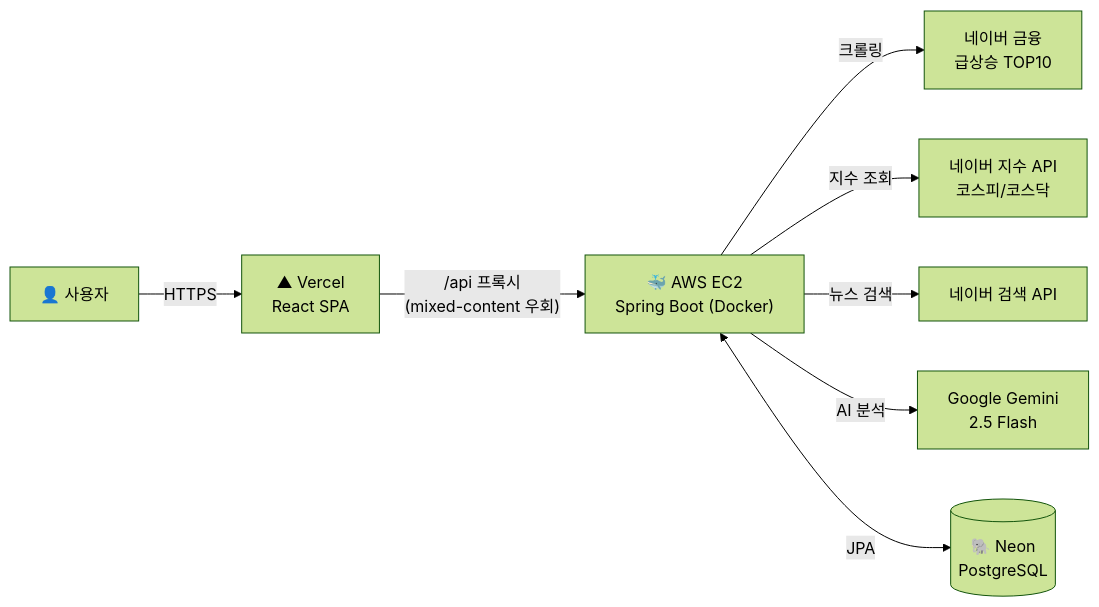
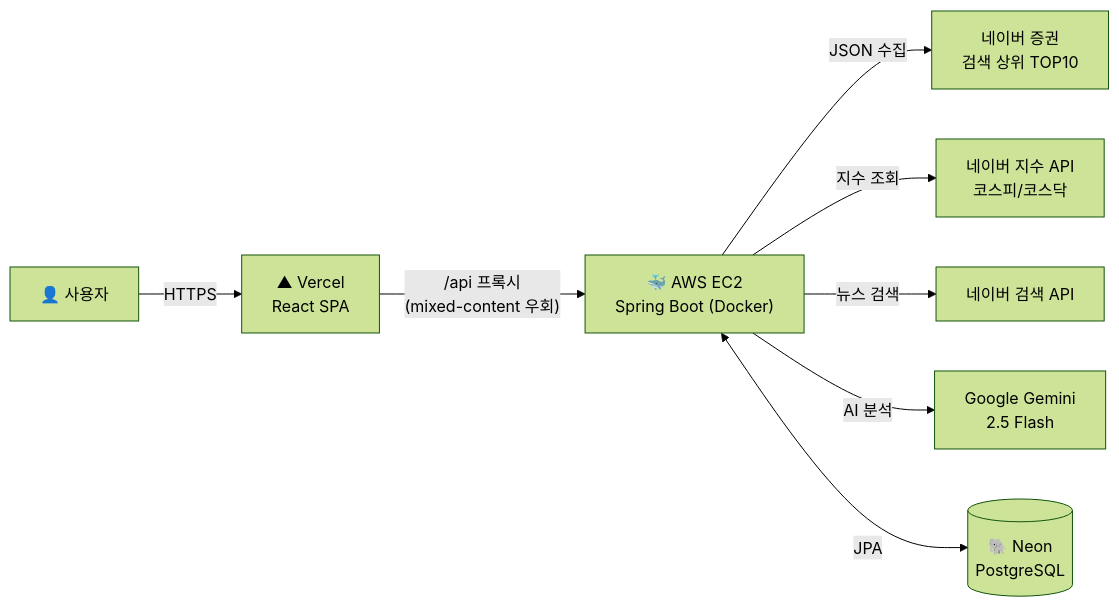
The first of 3 diagrams in README.md (zizonpubao/AI_stock_news), drawn with Mermaid (forest theme) before and after one commit. The commit also changed other lines of this file and 27 other files, not shown here.

````diff
--- a/README.md
+++ b/README.md
@@ -163,10 +166,10 @@
 ```mermaid
 flowchart LR
     U["👤 사용자"] -->|HTTPS| V["▲ Vercel<br/>React SPA"]
     V -->|"/api 프록시<br/>(mixed-content 우회)"| E["🐳 AWS EC2<br/>Spring Boot (Docker)"]
-    E -->|크롤링| NF["네이버 금융<br/>급상승 TOP10"]
+    E -->|JSON 수집| NF["네이버 증권<br/>검색 상위 TOP10"]
     E -->|지수 조회| IDX["네이버 지수 API<br/>코스피/코스닥"]
     E -->|뉴스 검색| NN["네이버 검색 API"]
     E -->|AI 분석| G["Google Gemini<br/>2.5 Flash"]
     E <-->|JPA| DB[("🐘 Neon<br/>PostgreSQL")]
 ```
````
